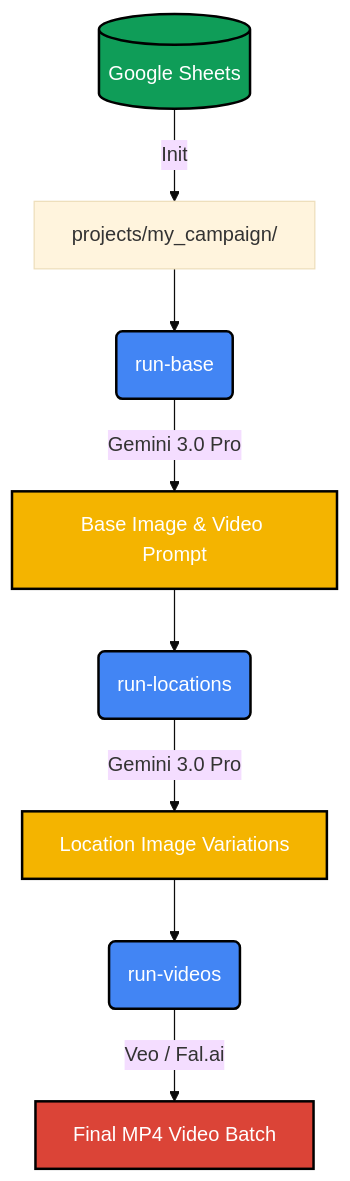
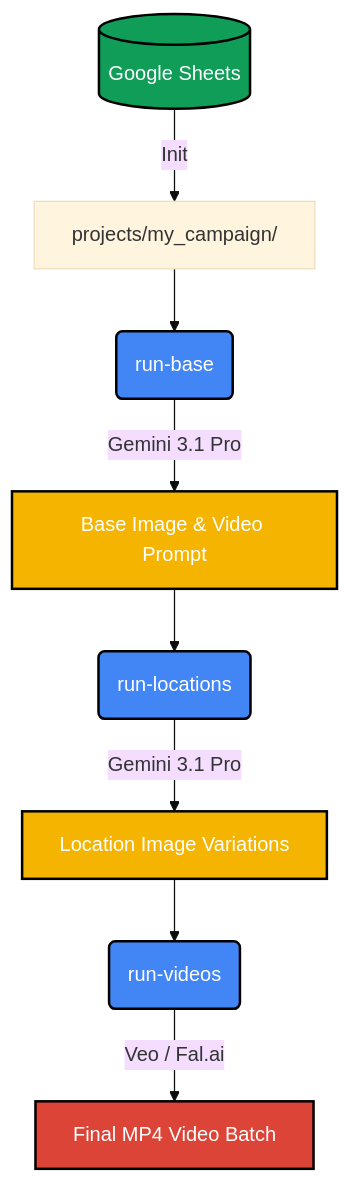
The diagram in README.md (RJBrooker/Influencer-pipeline), drawn with Mermaid (base theme) before and after one commit. The commit also changed 3 other files, not shown here.

Commit message:
Enhancement: Swap all Gemini 3.0 models for gemini-3.1-pro-preview

````diff
--- a/README.md
+++ b/README.md
@@ -53,21 +53,21 @@
 ```mermaid
 graph TD
     A[(Google Sheets)] -->|Init| B[projects/my_campaign/]
     
     B --> C(run-base)
-    C -->|Gemini 3.0 Pro| D[Base Image & Video Prompt]
+    C -->|Gemini 3.1 Pro| D[Base Image & Video Prompt]
     
     D --> E(run-locations)
-    E -->|Gemini 3.0 Pro| F[Location Image Variations]
+    E -->|Gemini 3.1 Pro| F[Location Image Variations]
     
     F --> G(run-videos)
     G -->|Veo / Fal.ai| H[Final MP4 Video Batch]
     
     style A fill:#0f9d58,stroke:#000,stroke-width:2px,color:#fff
     style C fill:#4285f4,stroke:#000,stroke-width:2px,color:#fff
     style E fill:#4285f4,stroke:#000,stroke-width:2px,color:#fff
     style G fill:#4285f4,stroke:#000,stroke-width:2px,color:#fff
     style D fill:#f4b400,stroke:#000,stroke-width:2px,color:#fff
     style F fill:#f4b400,stroke:#000,stroke-width:2px,color:#fff
     style H fill:#db4437,stroke:#000,stroke-width:2px,color:#fff
 ```
````
